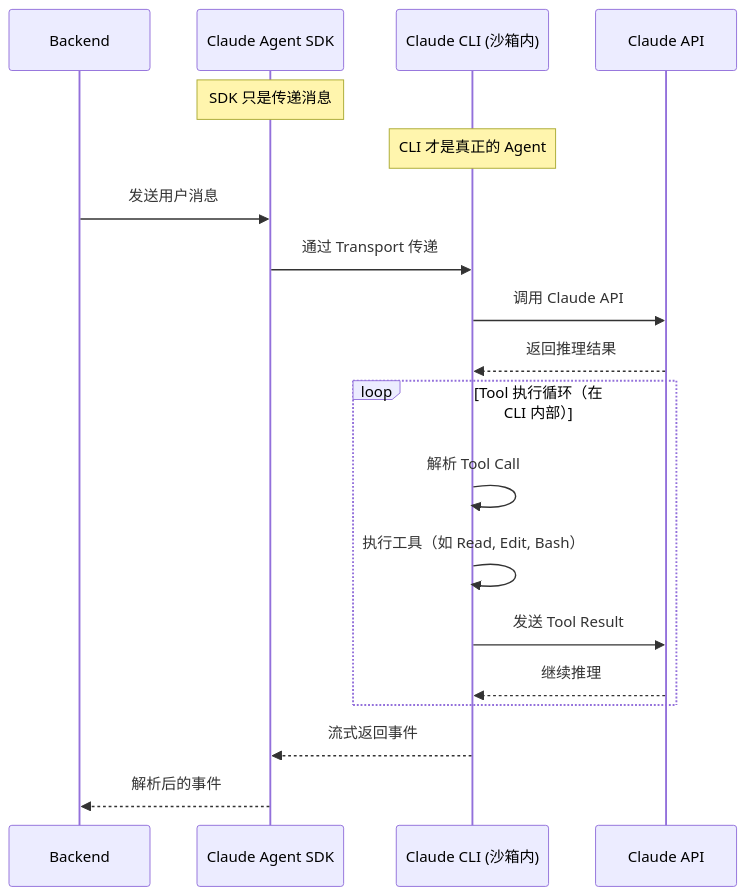
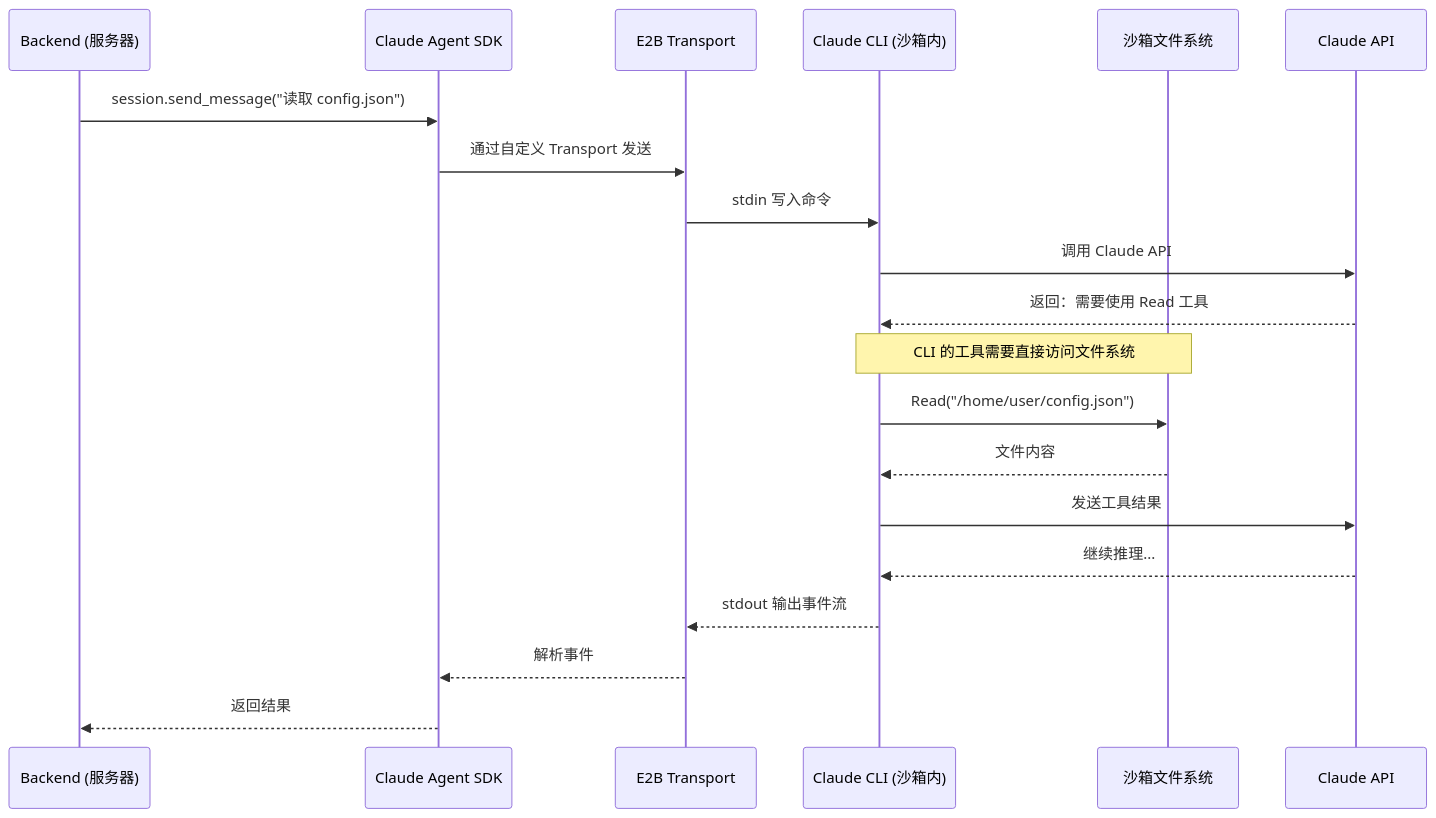
One commit to yy-dev7/claudex changed diagram 25 of 29 in docs/sandbox-lifecycle-analysis.md. Above: the diagram before and after it, drawn with Mermaid. The commit also changed other lines of this file, not shown here.

First line of the commit message:
Fix SDK/CLI relationship - SDK is upper layer wrapper for CLI

````diff
--- a/docs/sandbox-lifecycle-analysis.md
+++ b/docs/sandbox-lifecycle-analysis.md
@@ -1348,25 +1378,28 @@
 ```mermaid
 sequenceDiagram
-    participant Backend as Backend
+    participant Backend as Backend (服务器)
     participant SDK as Claude Agent SDK
+    participant Transport as E2B Transport
     participant CLI as Claude CLI (沙箱内)
+    participant FS as 沙箱文件系统
     participant Claude as Claude API
 
-    Note over SDK: SDK 只是传递消息
-    Note over CLI: CLI 才是真正的 Agent
+    Backend->>SDK: session.send_message("读取 config.json")
+    SDK->>Transport: 通过自定义 Transport 发送
+    Transport->>CLI: stdin 写入命令
 
-    Backend->>SDK: 发送用户消息
-    SDK->>CLI: 通过 Transport 传递
     CLI->>Claude: 调用 Claude API
-    Claude-->>CLI: 返回推理结果
+    Claude-->>CLI: 返回：需要使用 Read 工具
 
-    loop Tool 执行循环（在 CLI 内部）
-        CLI->>CLI: 解析 Tool Call
-        CLI->>CLI: 执行工具（如 Read, Edit, Bash）
-        CLI->>Claude: 发送 Tool Result
-        Claude-->>CLI: 继续推理
-    end
+    Note over CLI,FS: CLI 的工具需要直接访问文件系统
 
-    CLI-->>SDK: 流式返回事件
-    SDK-->>Backend: 解析后的事件
+    CLI->>FS: Read("/home/user/config.json")
+    FS-->>CLI: 文件内容
+
+    CLI->>Claude: 发送工具结果
+    Claude-->>CLI: 继续推理...
+
+    CLI-->>Transport: stdout 输出事件流
+    Transport-->>SDK: 解析事件
+    SDK-->>Backend: 返回结果
 ```
````
